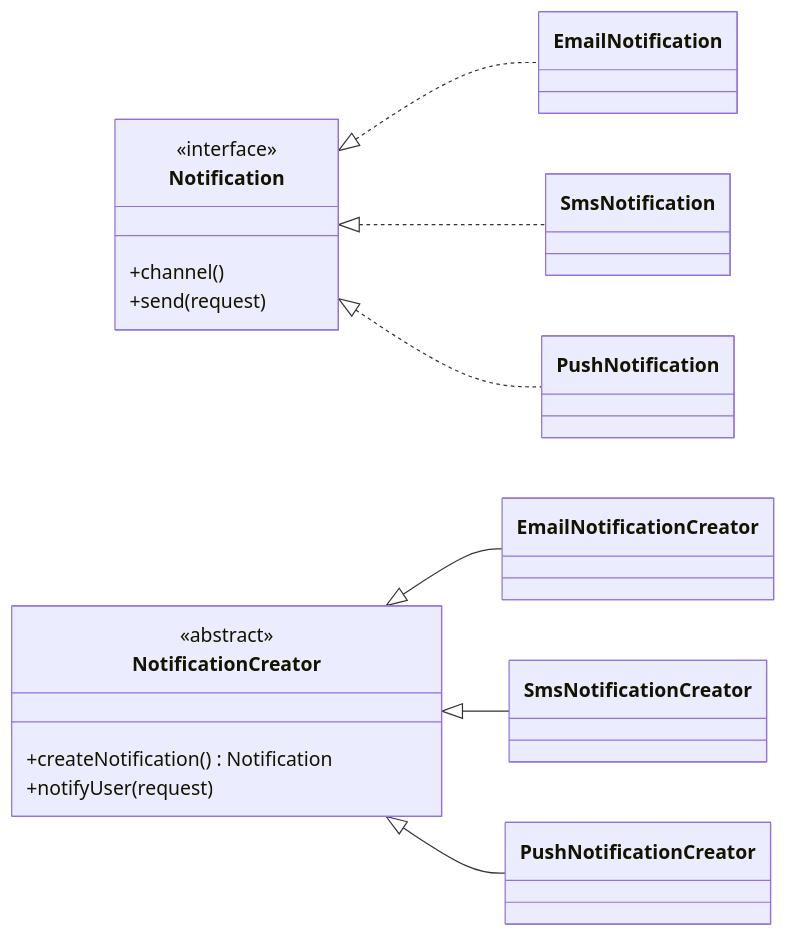
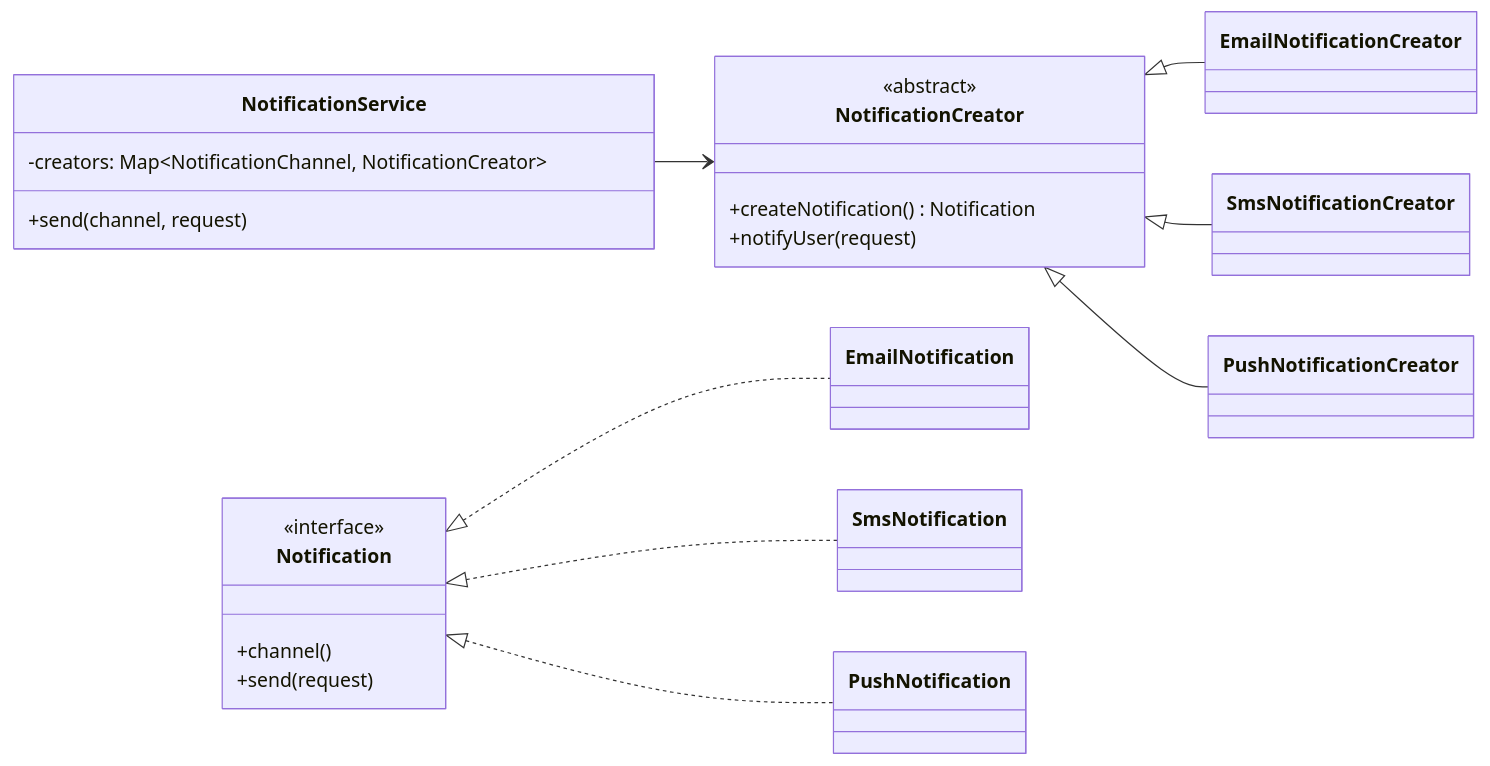
The first of 2 diagrams in src/main/java/com/can/creational/factorymethod/explain/factorymethod.md (TunahanCan/design_pattern), drawn with Mermaid before and after one commit. The commit also changed other lines of this file and 4 other files, not shown here.

````diff
--- a/src/main/java/com/can/creational/factorymethod/explain/factorymethod.md
+++ b/src/main/java/com/can/creational/factorymethod/explain/factorymethod.md
@@ -28,32 +25,31 @@
 ```mermaid
 classDiagram
     direction LR
 
     class Notification {
       <<interface>>
       +channel()
       +send(request)
     }
 
     class NotificationCreator {
       <<abstract>>
       +createNotification() Notification
       +notifyUser(request)
     }
 
-    class EmailNotificationCreator
-    class SmsNotificationCreator
-    class PushNotificationCreator
-
-    class EmailNotification
-    class SmsNotification
-    class PushNotification
+    class NotificationService {
+      -creators: Map~NotificationChannel, NotificationCreator~
+      +send(channel, request)
+    }
 
     NotificationCreator <|-- EmailNotificationCreator
     NotificationCreator <|-- SmsNotificationCreator
     NotificationCreator <|-- PushNotificationCreator
 
     Notification <|.. EmailNotification
     Notification <|.. SmsNotification
     Notification <|.. PushNotification
+
+    NotificationService --> NotificationCreator
 ```
````
